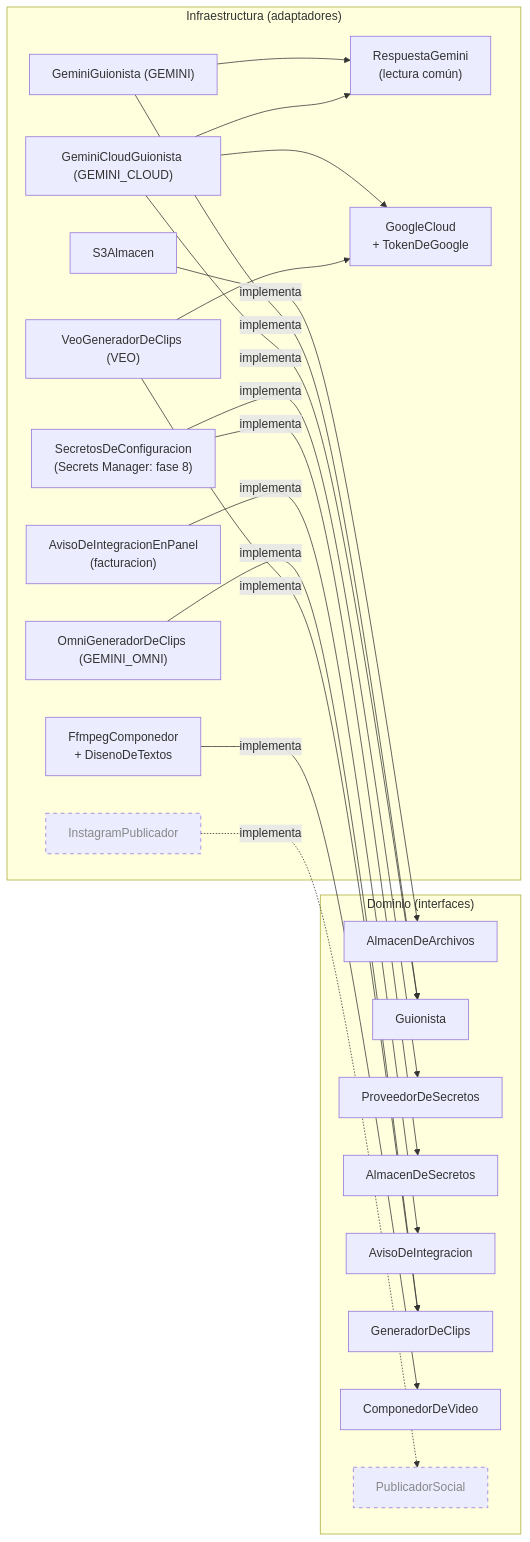
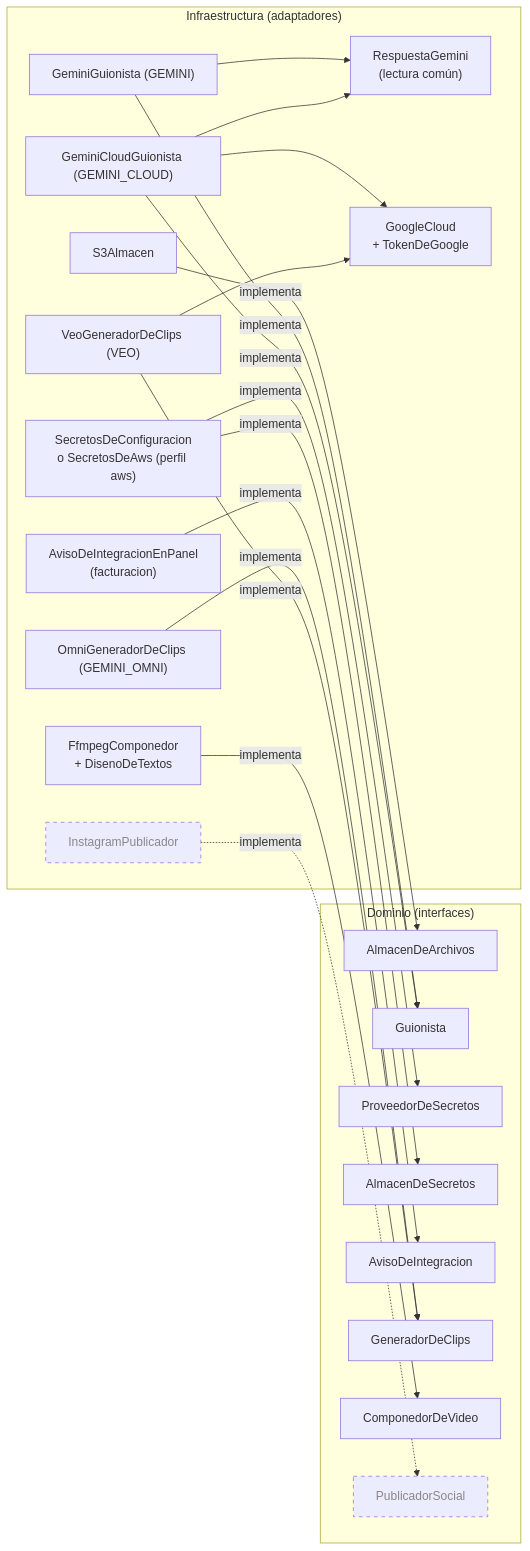
One commit to fabio2152/autoreel changed diagram 19 of 27 in docs/arquitectura.md. Above: the diagram before and after it, drawn with Mermaid. The commit also changed other lines of this file and 28 other files, not shown here.

First line of the commit message:
feat: despliegue en aws con ec2, rds, s3 y secrets manager

````diff
--- a/docs/arquitectura.md
+++ b/docs/arquitectura.md
@@ -1495,44 +1501,44 @@
 ```mermaid
 flowchart LR
     classDef futuro stroke-dasharray: 5 5,color:#888
 
     subgraph dominio["Dominio (interfaces)"]
         P1["AlmacenDeArchivos"]
         P2["Guionista"]
         P6["ProveedorDeSecretos"]
         P8["AlmacenDeSecretos"]
         P7["AvisoDeIntegracion"]
         P3["GeneradorDeClips"]
         P4["ComponedorDeVideo"]
         P5["PublicadorSocial"]:::futuro
     end
 
     subgraph infra["Infraestructura (adaptadores)"]
         A1["S3Almacen"]
         A2["GeminiGuionista (GEMINI)"]
         A2c["GeminiCloudGuionista (GEMINI_CLOUD)"]
         RG["RespuestaGemini<br/>(lectura común)"]
         GC["GoogleCloud<br/>+ TokenDeGoogle"]
-        A6["SecretosDeConfiguracion<br/>(Secrets Manager: fase 8)"]
+        A6["SecretosDeConfiguracion<br/>o SecretosDeAws (perfil aws)"]
         A7["AvisoDeIntegracionEnPanel<br/>(facturacion)"]
         A3o["OmniGeneradorDeClips (GEMINI_OMNI)"]
         A3["VeoGeneradorDeClips (VEO)"]
         A4["FfmpegComponedor<br/>+ DisenoDeTextos"]
         A5["InstagramPublicador"]:::futuro
     end
 
     A1 -- implementa --> P1
     A2 -- implementa --> P2
     A2c -- implementa --> P2
     A6 -- implementa --> P6
     A6 -- implementa --> P8
     A7 -- implementa --> P7
     A3o -- implementa --> P3
     A3 -- implementa --> P3
     A4 -- implementa --> P4
     A5 -. implementa .-> P5
     A2 --> RG
     A2c --> RG
     A2c --> GC
     A3 --> GC
 ```
````
